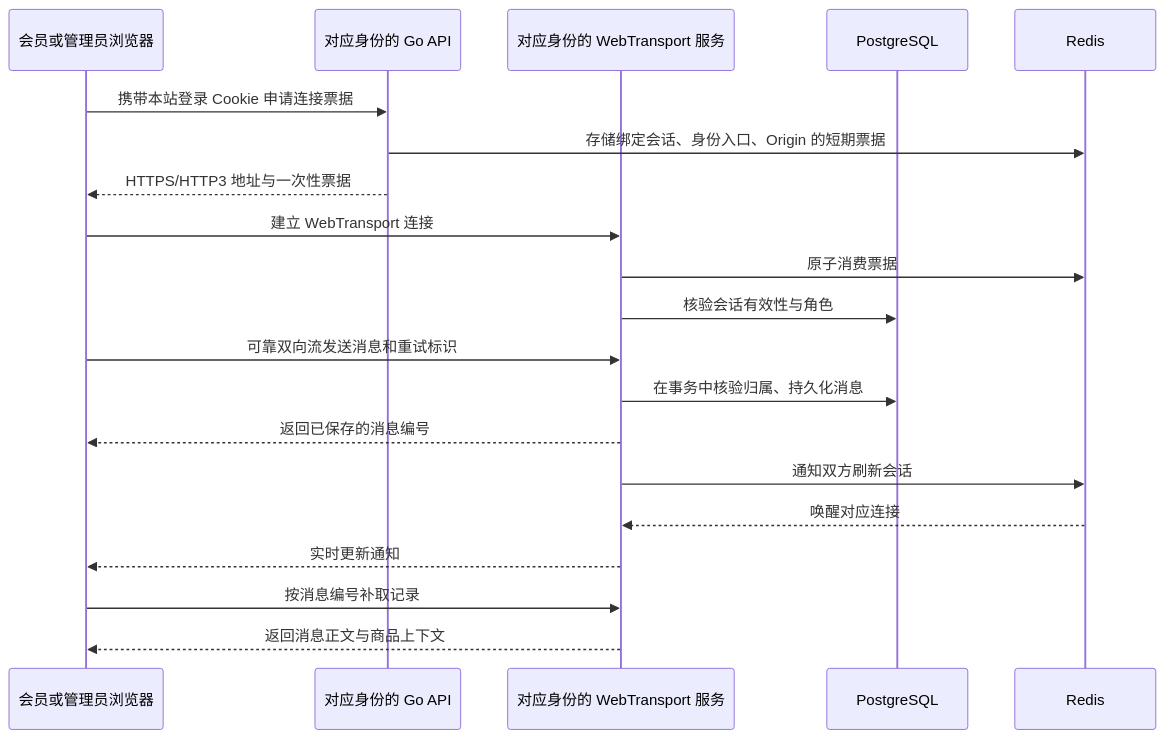
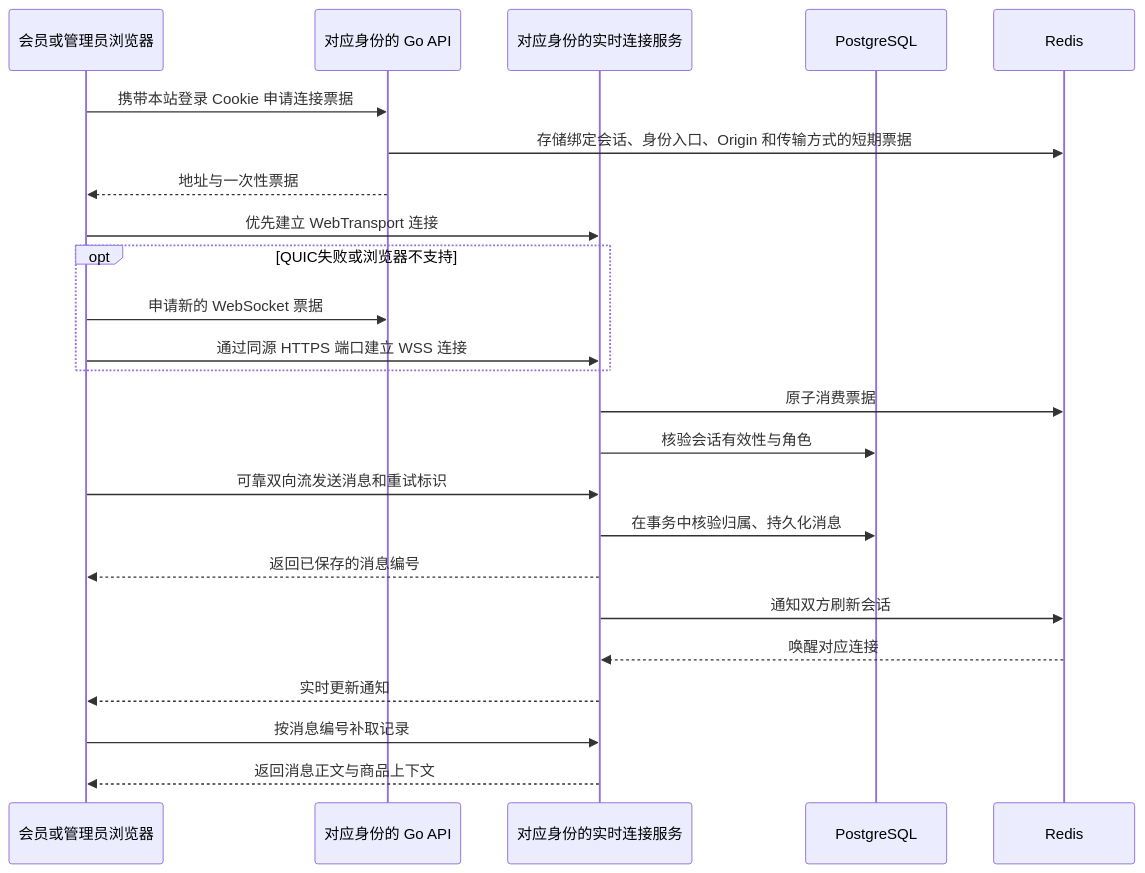
One commit to ZhaoZan010903/QingYeGame changed the diagram in 文档/开发产出文档/CHAT-WEBTRANSPORT--商品咨询通信说明.md. Above: the diagram before and after it, drawn with Mermaid. The commit also changed other lines of this file and 31 other files, not shown here.

````diff
--- a/文档/开发产出文档/CHAT-WEBTRANSPORT--商品咨询通信说明.md
+++ b/文档/开发产出文档/CHAT-WEBTRANSPORT--商品咨询通信说明.md
@@ -21,22 +21,26 @@
 ```mermaid
 sequenceDiagram
     participant U as 会员或管理员浏览器
     participant A as 对应身份的 Go API
-    participant W as 对应身份的 WebTransport 服务
+    participant W as 对应身份的实时连接服务
     participant D as PostgreSQL
     participant R as Redis
     U->>A: 携带本站登录 Cookie 申请连接票据
-    A->>R: 存储绑定会话、身份入口、Origin 的短期票据
-    A-->>U: HTTPS/HTTP3 地址与一次性票据
-    U->>W: 建立 WebTransport 连接
+    A->>R: 存储绑定会话、身份入口、Origin 和传输方式的短期票据
+    A-->>U: 地址与一次性票据
+    U->>W: 优先建立 WebTransport 连接
+    opt QUIC失败或浏览器不支持
+        U->>A: 申请新的 WebSocket 票据
+        U->>W: 通过同源 HTTPS 端口建立 WSS 连接
+    end
     W->>R: 原子消费票据
     W->>D: 核验会话有效性与角色
     U->>W: 可靠双向流发送消息和重试标识
     W->>D: 在事务中核验归属、持久化消息
     W-->>U: 返回已保存的消息编号
     W->>R: 通知双方刷新会话
     R-->>W: 唤醒对应连接
     W-->>U: 实时更新通知
     U->>W: 按消息编号补取记录
     W-->>U: 返回消息正文与商品上下文
 ```
````
